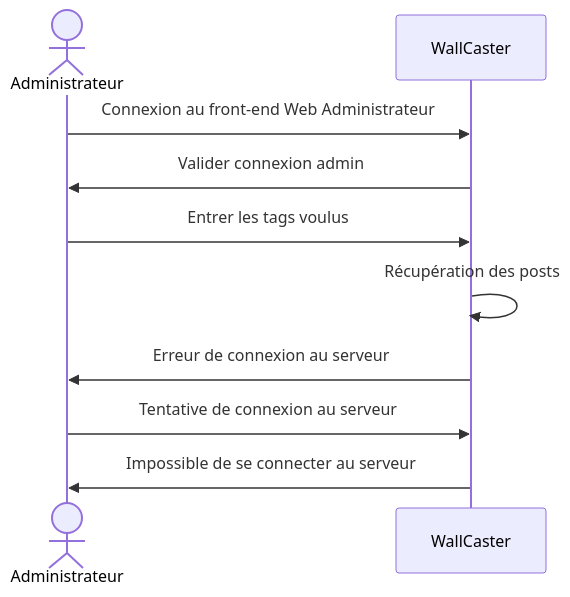
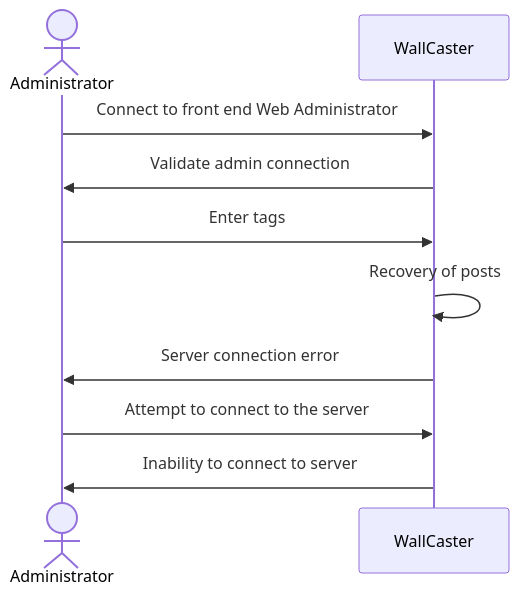
One commit to WallCaster/WallCaster changed diagram 16 of 17 in doc/analisis-report.md. Above: the diagram before and after it, drawn with Mermaid. The commit also changed other lines of this file, not shown here.

````diff
--- a/doc/analisis-report.md
+++ b/doc/analisis-report.md
@@ -321,13 +322,13 @@
 ```mermaid
 sequenceDiagram
-  actor A as Administrateur
+  actor A as Administrator
   participant W as WallCaster
 
-  A ->> W : Connexion au front-end Web Administrateur
-  W ->> A : Valider connexion admin
-  A ->> W : Entrer les tags voulus
-  W ->> W : Récupération des posts
-  W ->> A : Erreur de connexion au serveur
-  A ->> W : Tentative de connexion au serveur
-  W ->> A : Impossible de se connecter au serveur
+  A ->> W : Connect to front end Web Administrator
+  W ->> A : Validate admin connection
+  A ->> W : Enter tags
+  W ->> W : Recovery of posts
+  W ->> A : Server connection error
+  A ->> W : Attempt to connect to the server
+  W ->> A : Inability to connect to server
 ```
````
